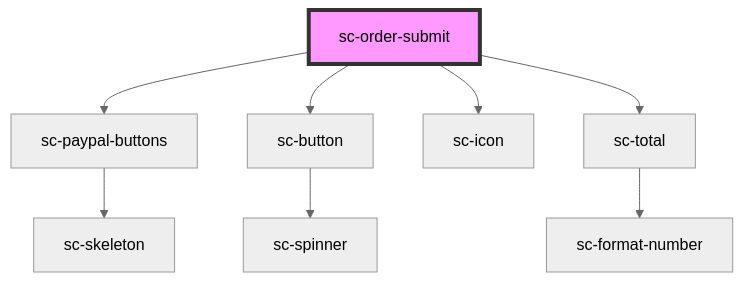
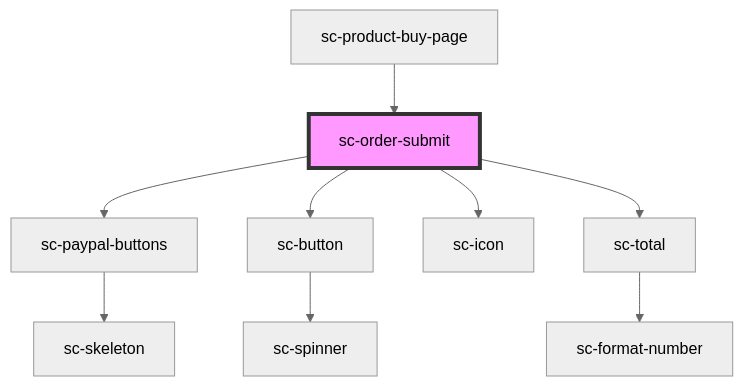
Before and after one commit to surecart/surecart-wp-plugin: the diagram in packages/components/src/components/controllers/checkout-form/order-submit/readme.md, drawn with Mermaid (neutral theme). The commit also changed other lines of this file and 15 other files, not shown here.

````diff
--- a/packages/components/src/components/controllers/checkout-form/order-submit/readme.md
+++ b/packages/components/src/components/controllers/checkout-form/order-submit/readme.md
@@ -37,11 +41,12 @@
 ```mermaid
 graph TD;
   sc-order-submit --> sc-paypal-buttons
   sc-order-submit --> sc-button
   sc-order-submit --> sc-icon
   sc-order-submit --> sc-total
   sc-paypal-buttons --> sc-skeleton
   sc-button --> sc-spinner
   sc-total --> sc-format-number
+  sc-product-buy-page --> sc-order-submit
   style sc-order-submit fill:#f9f,stroke:#333,stroke-width:4px
 ```
````
